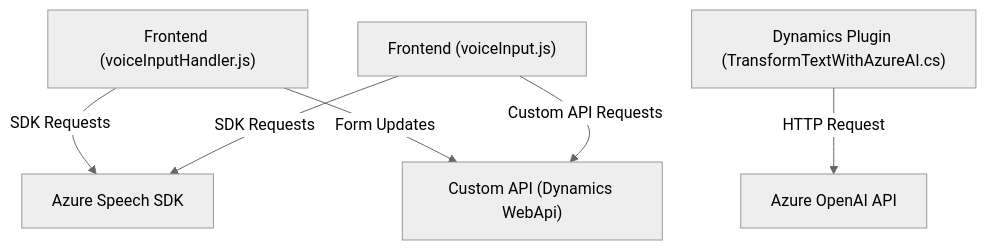
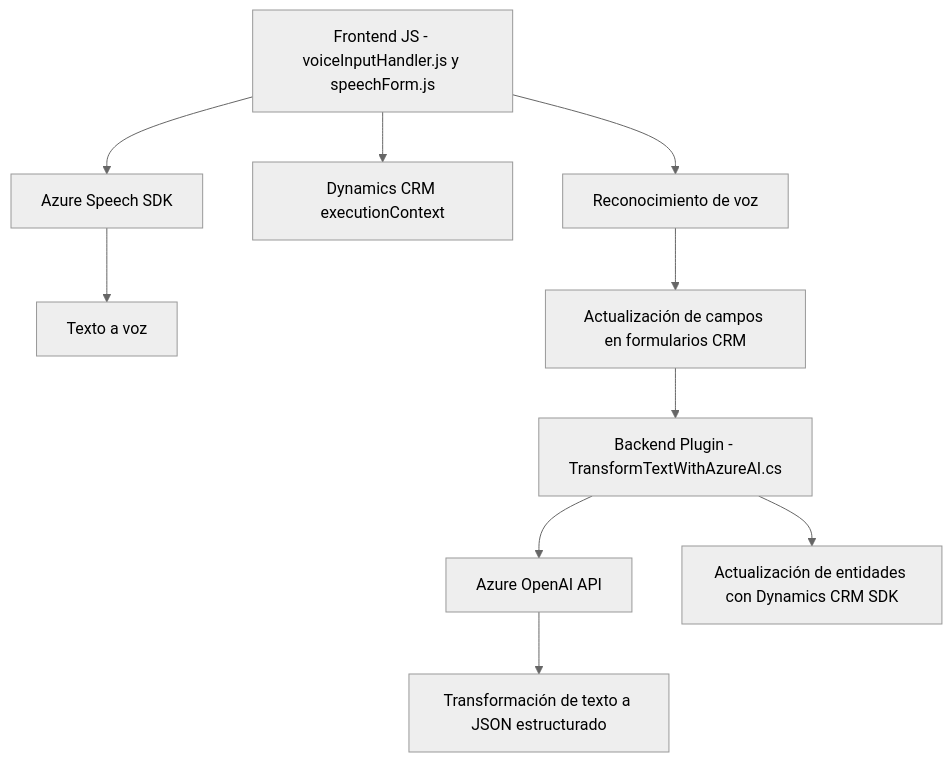
The diagram in README.md (blopezdm/NETCORE_BILBAO2025), drawn with Mermaid (neutral theme) before and after one commit. The commit also changed other lines of this file, not shown here.

Commit message:
Actualizar análisis global de la solución con IA

````diff
--- a/README.md
+++ b/README.md
@@ -36,15 +58,14 @@
 ```mermaid
 graph TD
-    A["Frontend (voiceInputHandler.js)"]
-    B["Frontend (voiceInput.js)"]
-    C["Dynamics Plugin (TransformTextWithAzureAI.cs)"]
-    D["Azure Speech SDK"]
-    E["Azure OpenAI API"]
-    F["Custom API (Dynamics WebApi)"]
+    A["Frontend JS - voiceInputHandler.js y speechForm.js"] --> B["Azure Speech SDK"]
+    A --> C["Dynamics CRM executionContext"]
 
-    A -- "SDK Requests" --> D
-    B -- "SDK Requests" --> D
-    A -- "Form Updates" --> F
-    B -- "Custom API Requests" --> F
-    C -- "HTTP Request" --> E
+    B --> D["Texto a voz"] 
+    A --> E["Reconocimiento de voz"]
+    E --> F["Actualización de campos en formularios CRM"]
+
+    G["Backend Plugin - TransformTextWithAzureAI.cs"] --> H["Azure OpenAI API"]
+    F --> G
+    H --> I["Transformación de texto a JSON estructurado"]
+    G --> J["Actualización de entidades con Dynamics CRM SDK"]
 ```
````
